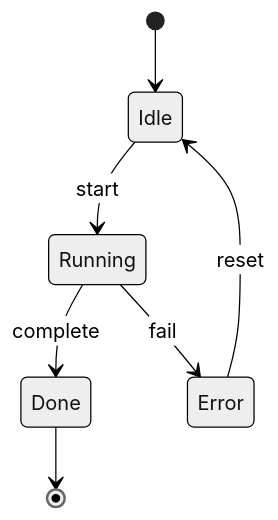
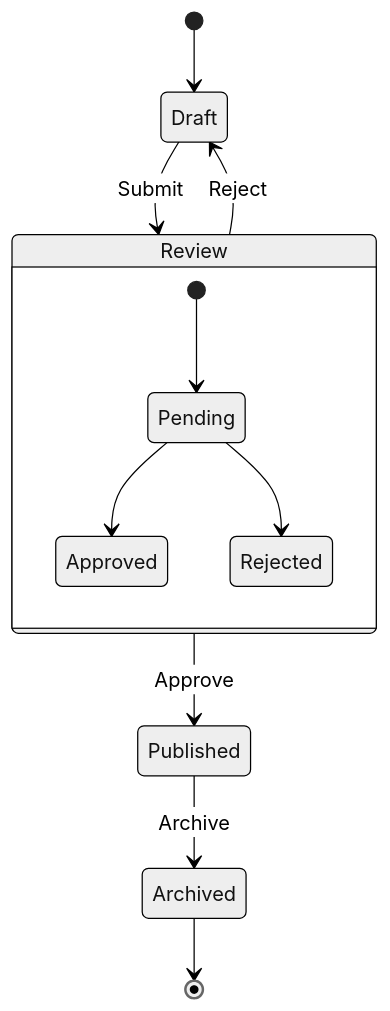
Before and after one commit to satoshiman/mdsvr: the sixth of 22 diagrams in docs/03-features/mermaid.md, drawn with Mermaid (neutral theme). The commit also changed other lines of this file and 1 other file, not shown here.

First line of the commit message:
Docs/update mermaid demo (#18)

````diff
--- a/docs/03-features/mermaid.md
+++ b/docs/03-features/mermaid.md
@@ -32,9 +172,15 @@
 ```mermaid
 stateDiagram-v2
-    [*] --> Idle
-    Idle --> Running : start
-    Running --> Done : complete
-    Running --> Error : fail
-    Error --> Idle : reset
-    Done --> [*]
+    [*] --> Draft
+    Draft --> Review : Submit
+    Review --> Published : Approve
+    Review --> Draft : Reject
+    Published --> Archived : Archive
+    Archived --> [*]
+
+    state Review {
+        [*] --> Pending
+        Pending --> Approved
+        Pending --> Rejected
+    }
 ```
````
